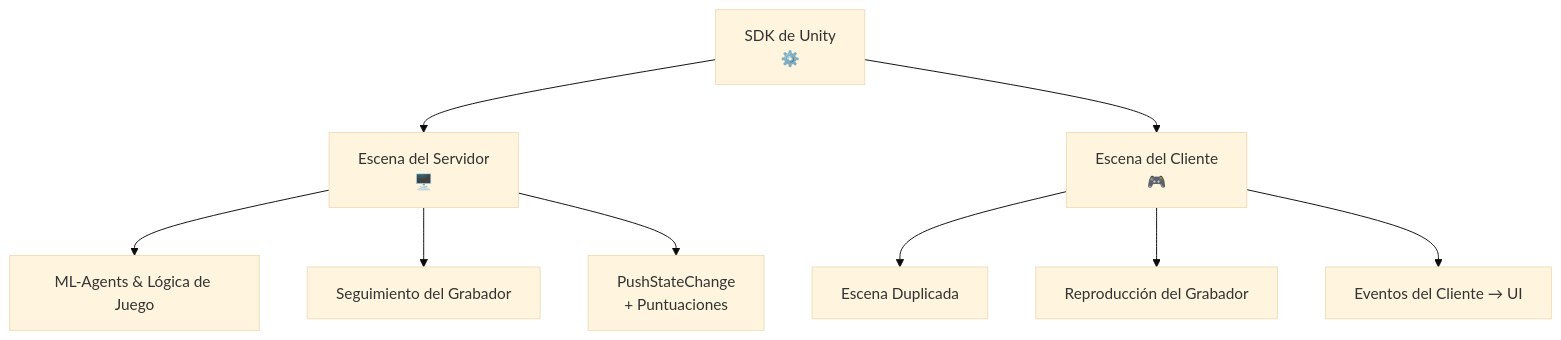
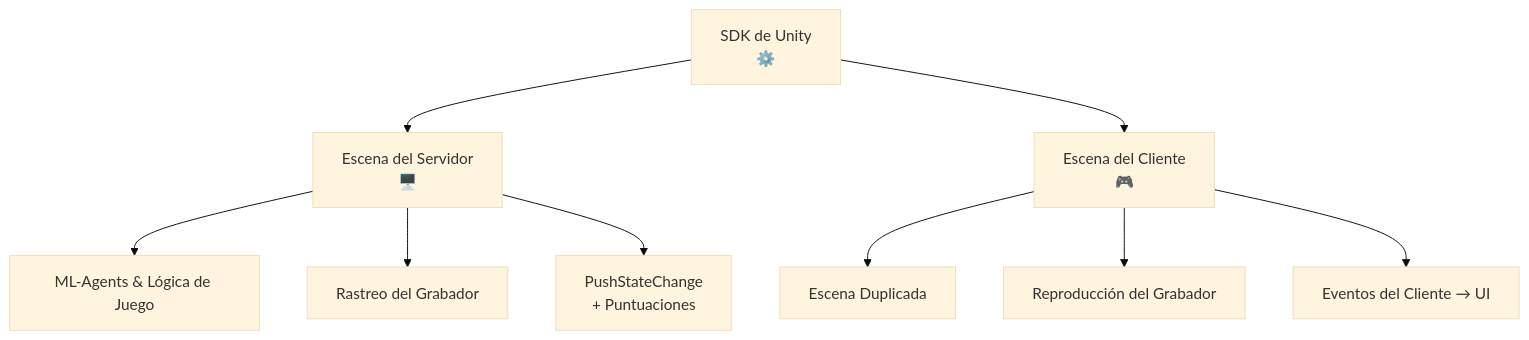
One commit to b3-fun/b3 changed the diagram in docs/es/hypeduel/developers.mdx. Above: the diagram before and after it, drawn with Mermaid (base theme). The commit also changed other lines of this file and 52 other files, not shown here.

````diff
--- a/docs/es/hypeduel/developers.mdx
+++ b/docs/es/hypeduel/developers.mdx
@@ -28,14 +34,13 @@
 ```mermaid
 graph TD
     A["SDK de Unity<br/>⚙️"] --> B["Escena del Servidor<br/>🖥️"]
     A --> C["Escena del Cliente<br/>🎮"]
 
     B --> E["ML-Agents & Lógica de Juego"]
-    B --> F["Seguimiento del Grabador"]
+    B --> F["Rastreo del Grabador"]
     B --> G["PushStateChange<br/>+ Puntuaciones"]
 
     C --> H["Escena Duplicada"]
     C --> I["Reproducción del Grabador"]
     C --> J["Eventos del Cliente → UI"]
-
 ```
````
